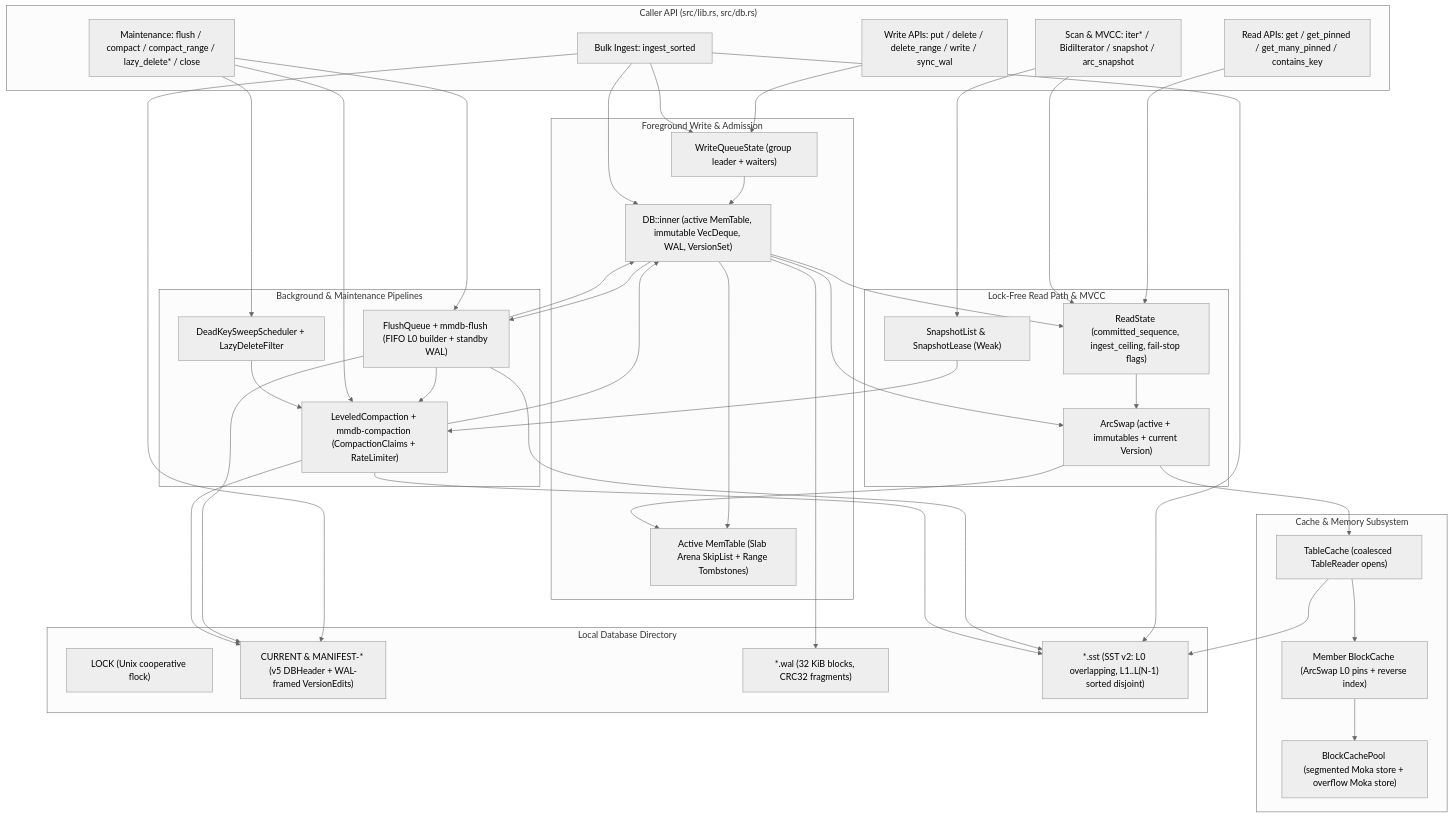
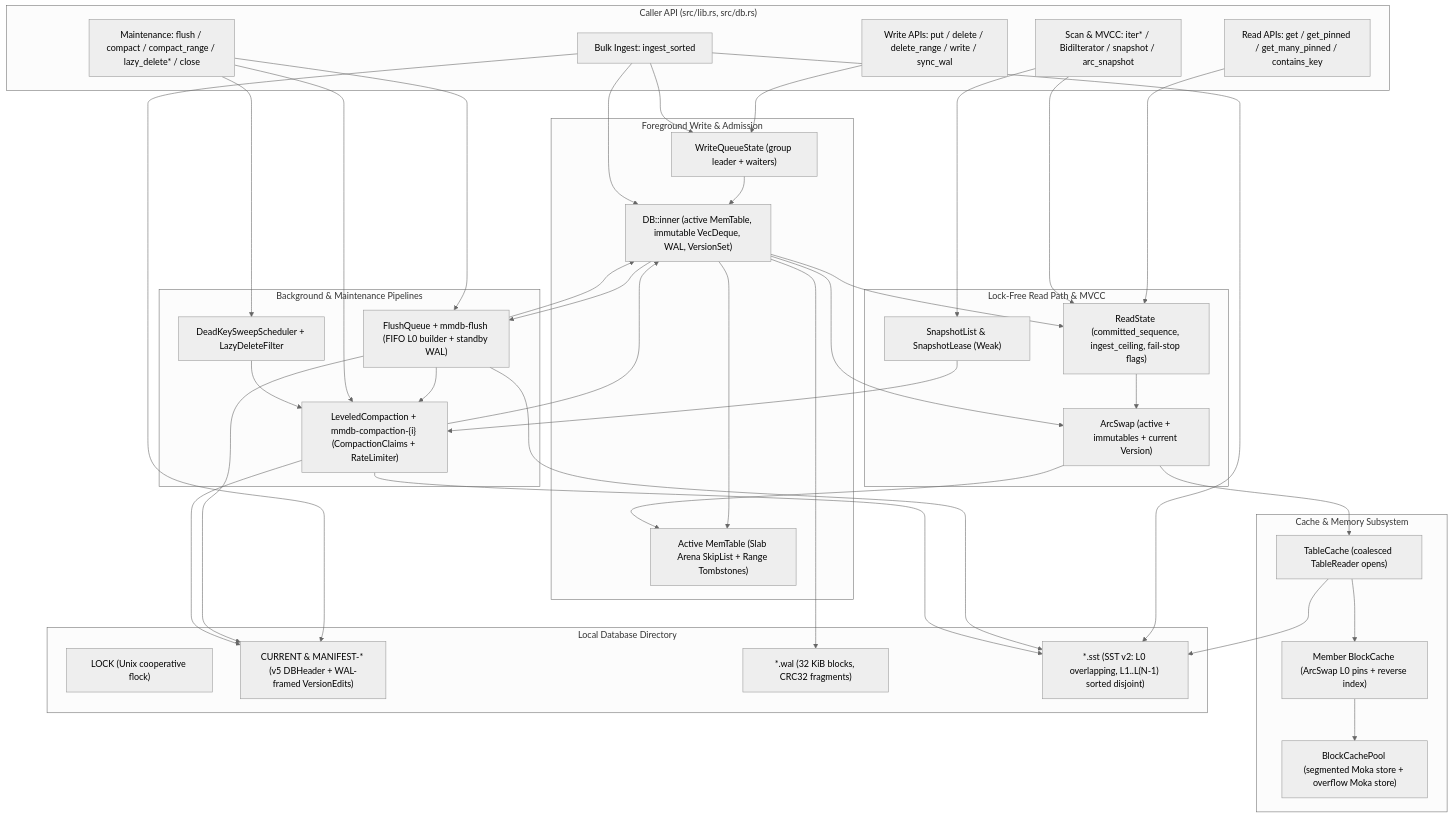
The first of 9 diagrams in docs/architecture.md (rust-util-collections/mmdb), drawn with Mermaid (neutral theme) before and after one commit. The commit also changed other lines of this file and 23 other files, not shown here.

````diff
--- a/docs/architecture.md
+++ b/docs/architecture.md
@@ -24,79 +22,79 @@
 ```mermaid
 flowchart TD
     subgraph Callers["Caller API (src/lib.rs, src/db.rs)"]
         WAPI["Write APIs: put / delete / delete_range / write / sync_wal"]
         IAPI["Bulk Ingest: ingest_sorted"]
         RAPI["Read APIs: get / get_pinned / get_many_pinned / contains_key"]
         SAPI["Scan & MVCC: iter* / BidiIterator / snapshot / arc_snapshot"]
         MAPI["Maintenance: flush / compact / compact_range / lazy_delete* / close"]
     end
 
     subgraph WriteCoord["Foreground Write & Admission"]
         WQ["WriteQueueState (group leader + waiters)"]
         INNER["DB::inner (active MemTable, immutable VecDeque, WAL, VersionSet)"]
         ACTIVE["Active MemTable (Slab Arena SkipList + Range Tombstones)"]
     end
 
     subgraph ReadCoord["Lock-Free Read Path & MVCC"]
         RS["ReadState (committed_sequence, ingest_ceiling, fail-stop flags)"]
         SV["ArcSwap<SuperVersion> (active + immutables + current Version)"]
         SNAP["SnapshotList & SnapshotLease (Weak<ReadState>)"]
     end
 
     subgraph BgWorkers["Background & Maintenance Pipelines"]
         FQ["FlushQueue + mmdb-flush (FIFO L0 builder + standby WAL)"]
-        COMP["LeveledCompaction + mmdb-compaction (CompactionClaims + RateLimiter)"]
+        COMP["LeveledCompaction + mmdb-compaction-{i} (CompactionClaims + RateLimiter)"]
         SWEEP["DeadKeySweepScheduler + LazyDeleteFilter"]
     end
 
     subgraph CacheMem["Cache & Memory Subsystem"]
         TC["TableCache (coalesced TableReader opens)"]
         BCP["BlockCachePool (segmented Moka store + overflow Moka store)"]
         PINS["Member BlockCache (ArcSwap<PinnedBlocks> L0 pins + reverse index)"]
     end
 
     subgraph Storage["Local Database Directory"]
         LOCKF["LOCK (Unix cooperative flock)"]
         MANF["CURRENT & MANIFEST-* (v5 DBHeader + WAL-framed VersionEdits)"]
         WALF["*.wal (32 KiB blocks, CRC32 fragments)"]
         SSTF["*.sst (SST v2: L0 overlapping, L1..L(N-1) sorted disjoint)"]
     end
 
     WAPI --> WQ
     WQ --> INNER
     INNER --> ACTIVE
     INNER --> WALF
     INNER --> FQ
 
     IAPI --> WQ
     IAPI --> INNER
     IAPI --> SSTF
     IAPI --> MANF
 
     FQ --> SSTF
     FQ --> MANF
     FQ --> INNER
     FQ --> COMP
 
     MAPI --> FQ
     MAPI --> COMP
     MAPI --> SWEEP
     SWEEP --> COMP
     COMP --> SSTF
     COMP --> MANF
     COMP --> INNER
 
     INNER --> SV
     INNER --> RS
 
     RAPI --> RS
     SAPI --> RS
     SAPI --> SNAP
     SNAP --> COMP
     RS --> SV
     SV --> ACTIVE
     SV --> TC
     TC --> SSTF
     TC --> PINS
     PINS --> BCP
 ```
````
